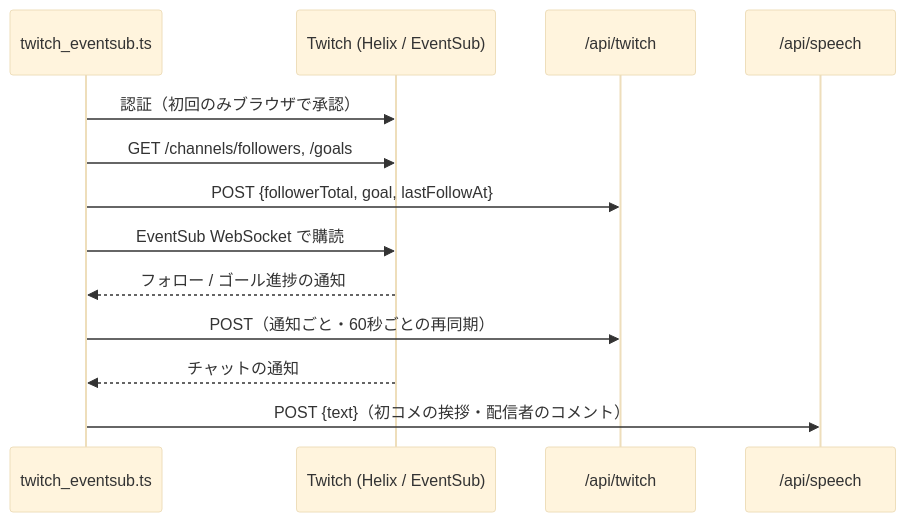
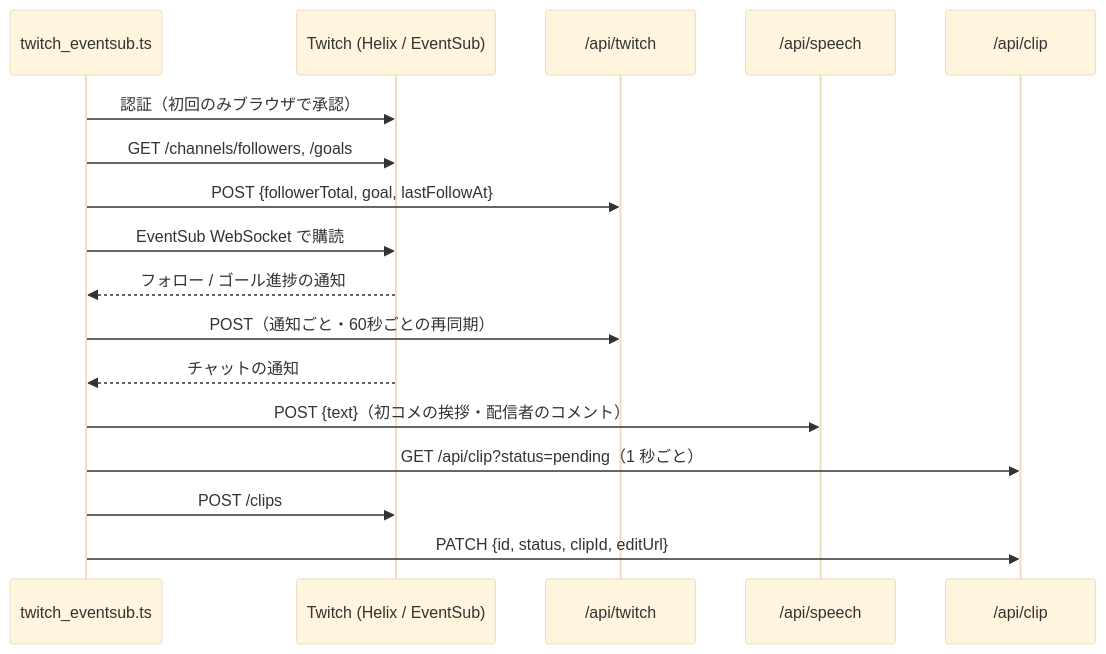
Before and after one commit to eddie-splatoon/splatoon-point-counter: the diagram in tools/twitch-eventsub/README.md, drawn with Mermaid (base theme). The commit also changed other lines of this file and 16 other files, not shown here.

````diff
--- a/tools/twitch-eventsub/README.md
+++ b/tools/twitch-eventsub/README.md
@@ -11,15 +11,19 @@
 ```mermaid
 sequenceDiagram
     participant Script as twitch_eventsub.ts
     participant Twitch as Twitch (Helix / EventSub)
     participant API as /api/twitch
     participant Speech as /api/speech
+    participant Clip as /api/clip
     Script->>Twitch: 認証（初回のみブラウザで承認）
     Script->>Twitch: GET /channels/followers, /goals
     Script->>API: POST {followerTotal, goal, lastFollowAt}
     Script->>Twitch: EventSub WebSocket で購読
     Twitch-->>Script: フォロー / ゴール進捗の通知
     Script->>API: POST（通知ごと・60秒ごとの再同期）
     Twitch-->>Script: チャットの通知
     Script->>Speech: POST {text}（初コメの挨拶・配信者のコメント）
+    Script->>Clip: GET /api/clip?status=pending（1 秒ごと）
+    Script->>Twitch: POST /clips
+    Script->>Clip: PATCH {id, status, clipId, editUrl}
 ```
````
